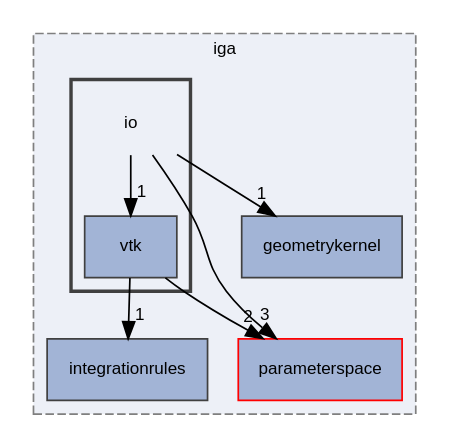
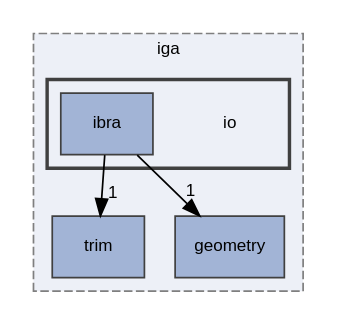
One commit to rath3t/dune-iga-doc changed the diagram in dir_c3ccff8517fbe337b2b8ad503c3a1590_dep.dot. Above: the diagram before and after it, drawn with Graphviz. The commit also changed 1684 other files, not shown here.

```diff
--- a/dir_c3ccff8517fbe337b2b8ad503c3a1590_dep.dot
+++ b/dir_c3ccff8517fbe337b2b8ad503c3a1590_dep.dot
@@ -1,23 +1,19 @@
 digraph "io"
 {
  // LATEX_PDF_SIZE
   edge [fontname="Helvetica",fontsize="10",labelfontname="Helvetica",labelfontsize="10"];
   node [fontname="Helvetica",fontsize="10",shape=record];
   compound=true
   subgraph clusterdir_d2a3c23294a1b1015b1b8e8721ddded8 {
     graph [ bgcolor="#edf0f7", pencolor="grey50", style="filled,dashed,", label="iga", fontname="Helvetica", fontsize="10", URL="dir_d2a3c23294a1b1015b1b8e8721ddded8.html"]
-  dir_13898c8d649d3f4053b811aa4a00f800 [shape=box, label="parameterspace", style="filled,", fillcolor="#a2b4d6", color="red", URL="dir_13898c8d649d3f4053b811aa4a00f800.html"];
-  dir_98571e7345f7327fea7723ec1a12d870 [shape=box, label="geometrykernel", style="filled,", fillcolor="#a2b4d6", color="grey25", URL="dir_98571e7345f7327fea7723ec1a12d870.html"];
-  dir_42a2323245b29c7157765c1a0813ddf2 [shape=box, label="integrationrules", style="filled,", fillcolor="#a2b4d6", color="grey25", URL="dir_42a2323245b29c7157765c1a0813ddf2.html"];
+  dir_3a8a27db37838cd238997301ec88b300 [shape=box, label="trim", style="filled,", fillcolor="#a2b4d6", color="grey25", URL="dir_3a8a27db37838cd238997301ec88b300.html"];
+  dir_b534248905b8119b36a62f0ff7e8fe43 [shape=box, label="geometry", style="filled,", fillcolor="#a2b4d6", color="grey25", URL="dir_b534248905b8119b36a62f0ff7e8fe43.html"];
   subgraph clusterdir_c3ccff8517fbe337b2b8ad503c3a1590 {
     graph [ bgcolor="#edf0f7", pencolor="grey25", style="filled,bold,", label="", fontname="Helvetica", fontsize="10", URL="dir_c3ccff8517fbe337b2b8ad503c3a1590.html"]
     dir_c3ccff8517fbe337b2b8ad503c3a1590 [shape=plaintext, label="io"];
-  dir_0185853483cd959150fdf3c8210a5831 [shape=box, label="vtk", style="filled,", fillcolor="#a2b4d6", color="grey25", URL="dir_0185853483cd959150fdf3c8210a5831.html"];
+  dir_440ded016e37adf92567ec9f8d67bf61 [shape=box, label="ibra", style="filled,", fillcolor="#a2b4d6", color="grey25", URL="dir_440ded016e37adf92567ec9f8d67bf61.html"];
   }
   }
-  dir_c3ccff8517fbe337b2b8ad503c3a1590->dir_0185853483cd959150fdf3c8210a5831 [headlabel="1", labeldistance=1.5 headhref="dir_000013_000020.html"];
-  dir_c3ccff8517fbe337b2b8ad503c3a1590->dir_13898c8d649d3f4053b811aa4a00f800 [headlabel="3", labeldistance=1.5 headhref="dir_000013_000014.html"];
-  dir_c3ccff8517fbe337b2b8ad503c3a1590->dir_98571e7345f7327fea7723ec1a12d870 [headlabel="1", labeldistance=1.5 headhref="dir_000013_000006.html"];
-  dir_0185853483cd959150fdf3c8210a5831->dir_13898c8d649d3f4053b811aa4a00f800 [headlabel="2", labeldistance=1.5 headhref="dir_000020_000014.html"];
-  dir_0185853483cd959150fdf3c8210a5831->dir_42a2323245b29c7157765c1a0813ddf2 [headlabel="1", labeldistance=1.5 headhref="dir_000020_000012.html"];
+  dir_440ded016e37adf92567ec9f8d67bf61->dir_3a8a27db37838cd238997301ec88b300 [headlabel="1", labeldistance=1.5 headhref="dir_000004_000009.html"];
+  dir_440ded016e37adf92567ec9f8d67bf61->dir_b534248905b8119b36a62f0ff7e8fe43 [headlabel="1", labeldistance=1.5 headhref="dir_000004_000003.html"];
 }
```
